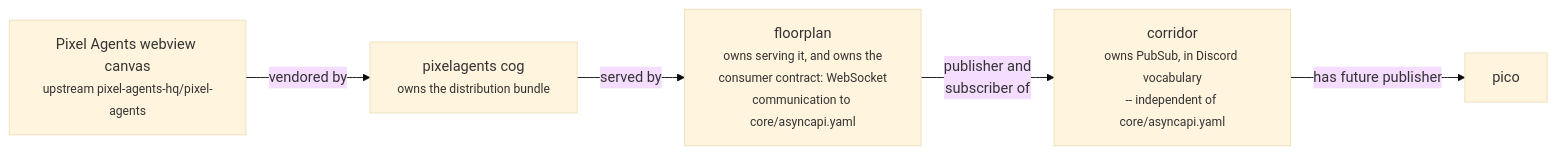
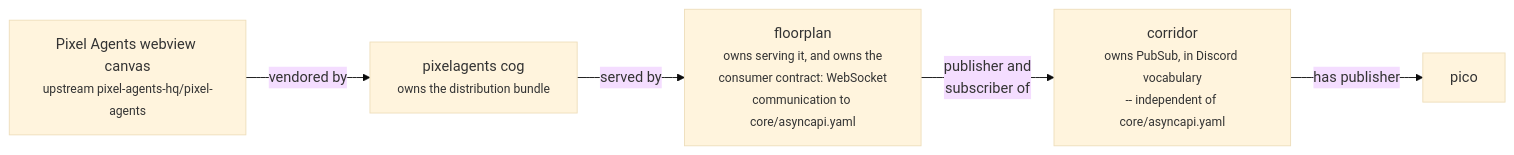
The first of 7 diagrams in docs/corridor-pubsub-design.md (pixel-agents-hq/pixel-agents-cogs), drawn with Mermaid (base theme) before and after one commit. The commit also changed other lines of this file and 17 other files, not shown here.

````diff
--- a/docs/corridor-pubsub-design.md
+++ b/docs/corridor-pubsub-design.md
@@ -109,13 +122,13 @@
 ```mermaid
 flowchart LR
     Canvas["Pixel Agents webview canvas<br/><small>upstream pixel-agents-hq/pixel-agents</small>"]
     PA["pixelagents cog<br/><small>owns the distribution bundle</small>"]
     FP["floorplan<br/><small>owns serving it, and owns the<br/>consumer contract: WebSocket<br/>communication to core/asyncapi.yaml</small>"]
     C["corridor<br/><small>owns PubSub, in Discord vocabulary<br/>-- independent of core/asyncapi.yaml</small>"]
     Pico["pico"]
 
     Canvas -- "vendored by" --> PA
     PA -- "served by" --> FP
     FP -- "publisher and<br/>subscriber of" --> C
-    C -- "has future publisher" --> Pico
+    C -- "has publisher" --> Pico
 ```
````
